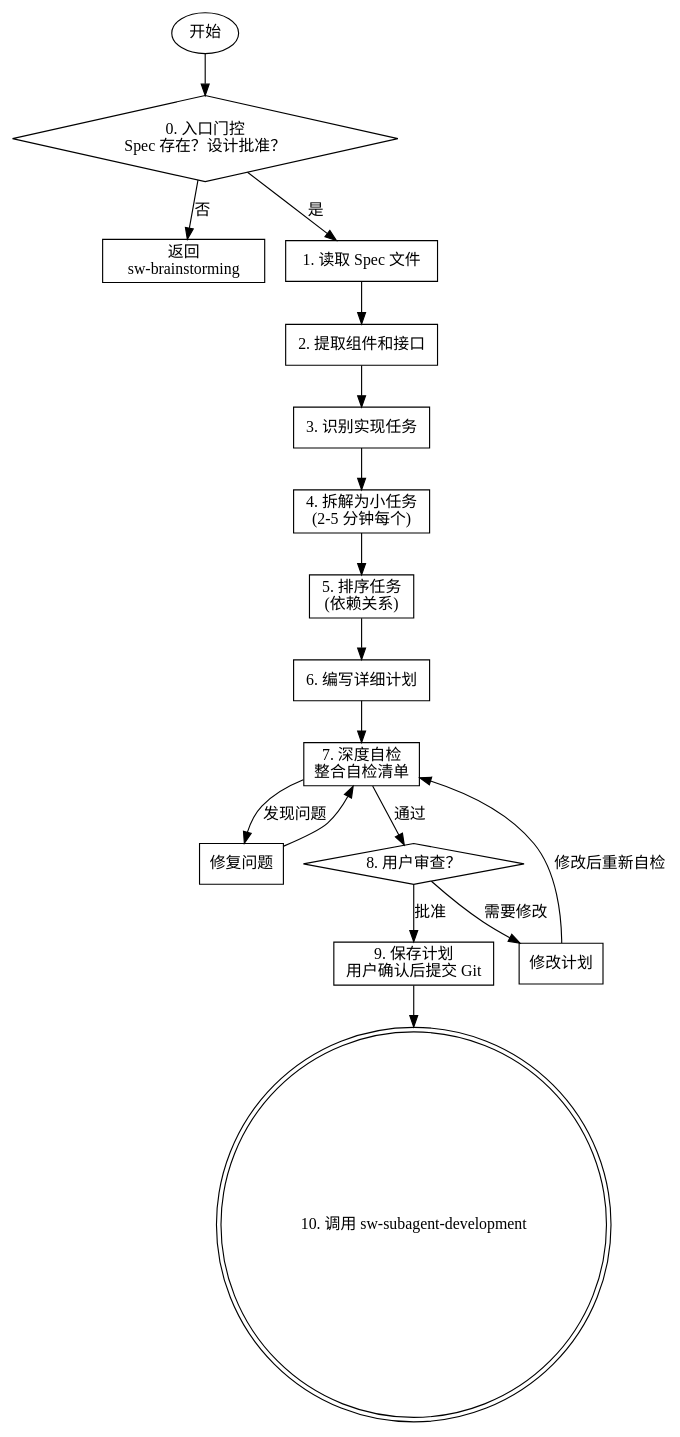
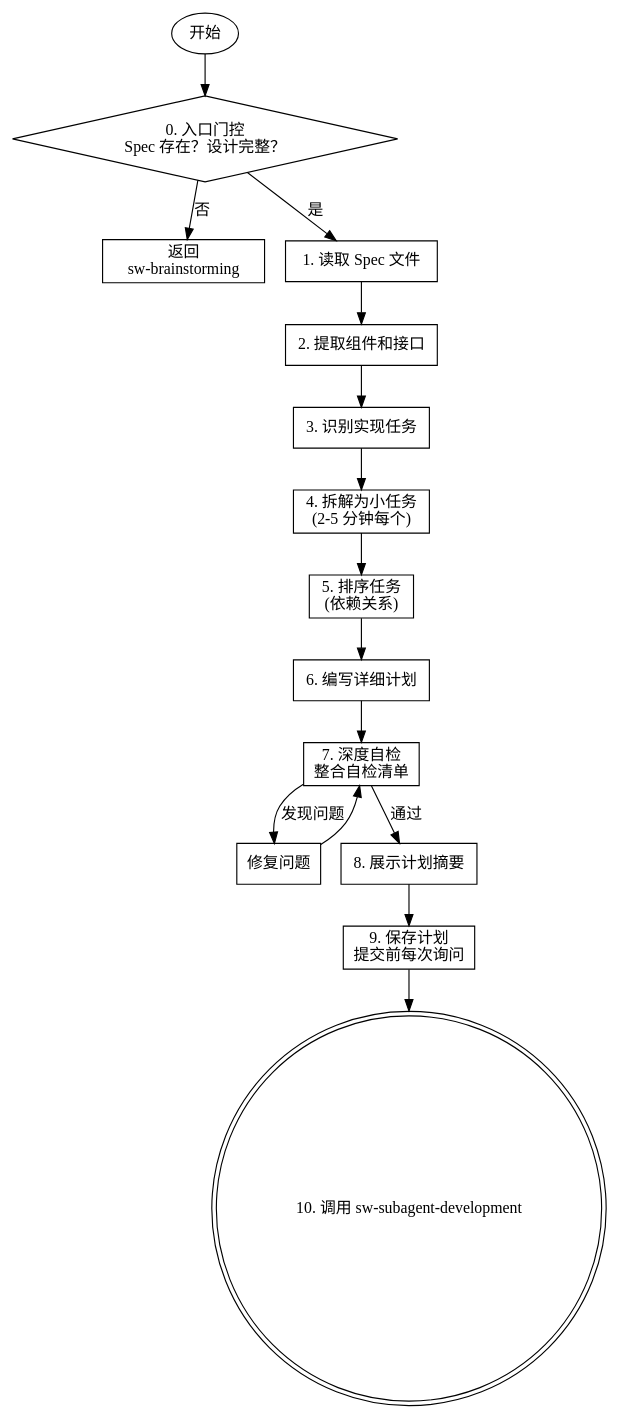
The second of 2 diagrams in sw-writing-specs/SKILL.md (vaycentsun/sw-superpower), drawn with Graphviz before and after one commit. The commit also changed other lines of this file and 2 other files, not shown here.

First line of the commit message:
feat: 取消中间门控自动推进，保留每次 git commit/push 前询问

````diff
--- a/sw-writing-specs/SKILL.md
+++ b/sw-writing-specs/SKILL.md
@@ -61,38 +60,35 @@
 ```dot
 digraph process {
   rankdir=TB;
 
   start [label="开始", shape=ellipse];
-  gate [label="0. 入口门控\nSpec 存在？设计批准？", shape=diamond];
+  gate [label="0. 入口门控\nSpec 存在？设计完整？", shape=diamond];
   need_design [label="返回\nsw-brainstorming", shape=box];
   read_spec [label="1. 读取 Spec 文件", shape=box];
   extract_components [label="2. 提取组件和接口", shape=box];
   identify_tasks [label="3. 识别实现任务", shape=box];
   break_down [label="4. 拆解为小任务\n(2-5 分钟每个)", shape=box];
   order_tasks [label="5. 排序任务\n(依赖关系)", shape=box];
   write_plan [label="6. 编写详细计划", shape=box];
   self_review [label="7. 深度自检\n整合自检清单", shape=box];
   self_fix [label="修复问题", shape=box];
-  user_review [label="8. 用户审查？", shape=diamond];
-  user_fix [label="修改计划", shape=box];
-  save_plan [label="9. 保存计划\n用户确认后提交 Git", shape=box];
+  show_summary [label="8. 展示计划摘要", shape=box];
+  save_plan [label="9. 保存计划\n提交前每次询问", shape=box];
   invoke_subagent [label="10. 调用 sw-subagent-development", shape=doublecircle];
 
   start -> gate;
   gate -> need_design [label="否"];
   gate -> read_spec [label="是"];
   read_spec -> extract_components;
   extract_components -> identify_tasks;
   identify_tasks -> break_down;
   break_down -> order_tasks;
   order_tasks -> write_plan;
   write_plan -> self_review;
   self_review -> self_fix [label="发现问题"];
   self_fix -> self_review;
-  self_review -> user_review [label="通过"];
-  user_review -> user_fix [label="需要修改"];
-  user_fix -> self_review [label="修改后重新自检"];
-  user_review -> save_plan [label="批准"];
+  self_review -> show_summary [label="通过"];
+  show_summary -> save_plan;
   save_plan -> invoke_subagent;
 }
 ```
````
